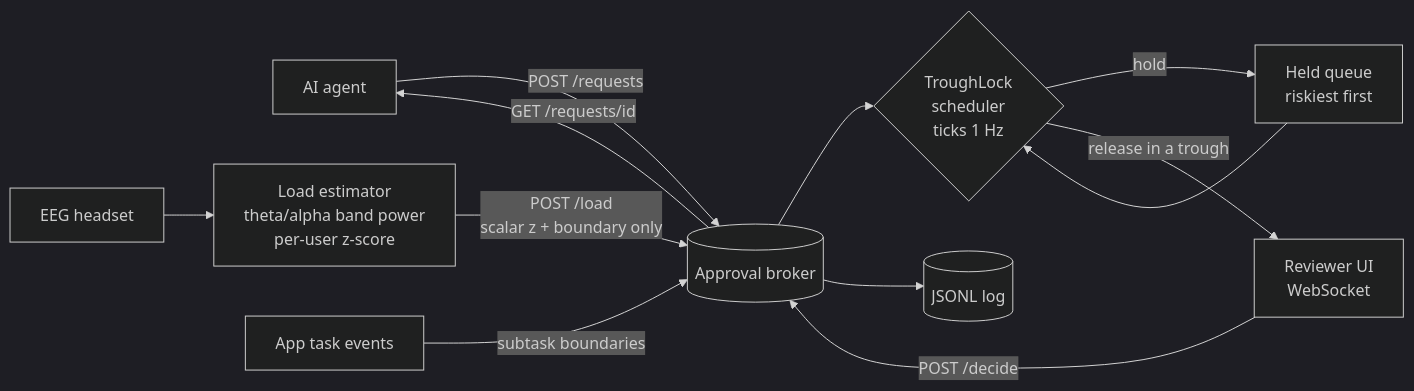
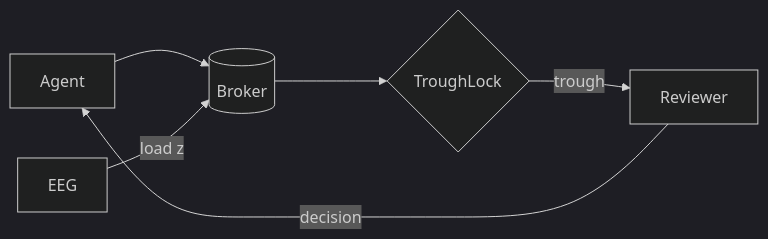
The first of 2 diagrams in README.md (sykeriin/neurogate), drawn with Mermaid (dark theme) before and after one commit. The commit also changed other lines of this file and 2 other files, not shown here.

Commit message:
Light bento reviewer UI, fix dropped cards, shorter README

````diff
--- a/README.md
+++ b/README.md
@@ -23,14 +17,8 @@
 ```mermaid
 flowchart LR
-    A[AI agent] -- POST /requests --> B[(Approval broker)]
-    E[EEG headset] --> F[Load estimator<br/>theta/alpha band power<br/>per-user z-score]
-    F -- POST /load<br/>scalar z + boundary only --> B
-    T[App task events] -- subtask boundaries --> B
-    B --> S{TroughLock<br/>scheduler<br/>ticks 1 Hz}
-    S -- hold --> Q[Held queue<br/>riskiest first]
-    Q --> S
-    S -- release in a trough --> U[Reviewer UI<br/>WebSocket]
-    U -- POST /decide --> B
-    B -- GET /requests/id --> A
-    B --> L[(JSONL log)]
+    A[Agent] --> B[(Broker)]
+    E[EEG] -- load z --> B
+    B --> S{TroughLock}
+    S -- trough --> U[Reviewer]
+    U -- decision --> A
 ```
````
